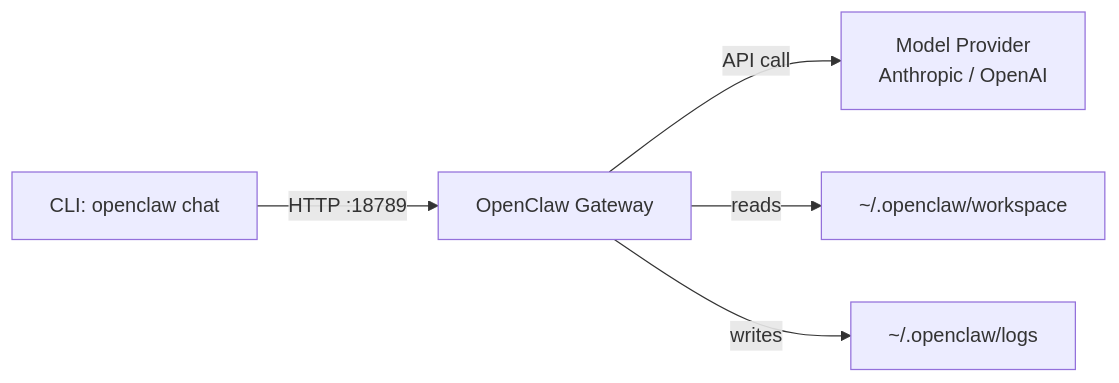
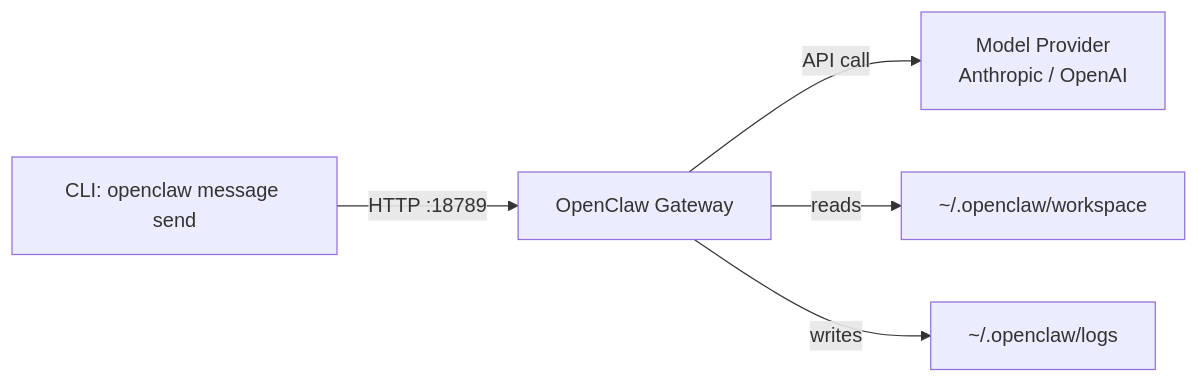
The diagram in 01-quickstart/README.md (win4r/openclaw-cookbook), drawn with Mermaid before and after one commit. The commit also changed other lines of this file and 22 other files, not shown here.

First line of the commit message:
Fix all CLI commands and JSON config structures against real OpenClaw

````diff
--- a/01-quickstart/README.md
+++ b/01-quickstart/README.md
@@ -112,7 +112,7 @@
 ```mermaid
 graph LR
-    A[CLI: openclaw chat] -->|HTTP :18789| B[OpenClaw Gateway]
+    A[CLI: openclaw message send] -->|HTTP :18789| B[OpenClaw Gateway]
     B -->|API call| C[Model Provider<br>Anthropic / OpenAI]
     B -->|reads| D[~/.openclaw/workspace]
     B -->|writes| E[~/.openclaw/logs]
 ```
````
